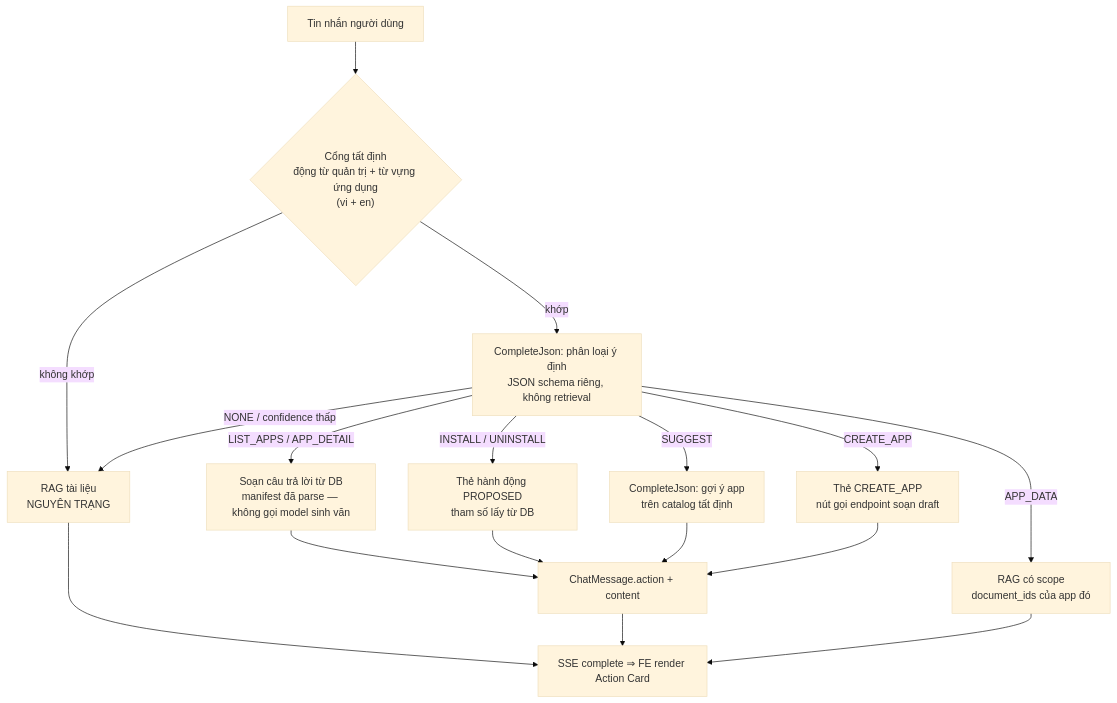
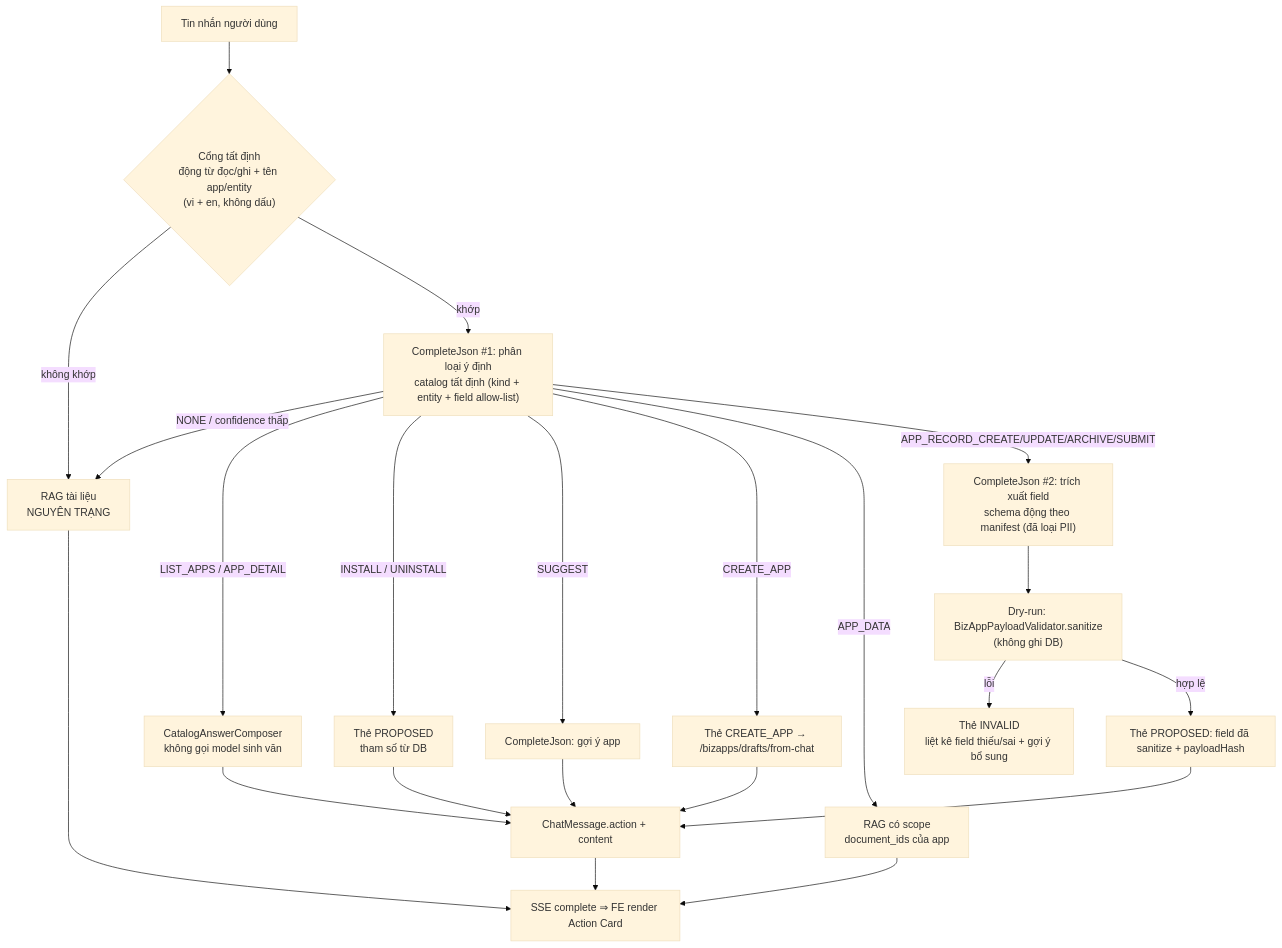
The first of 2 diagrams in PLAN.md (OpenVie/OpenVie), drawn with Mermaid (base theme) before and after one commit. The commit also changed other lines of this file and 55 other files, not shown here.

First line of the commit message:
Add unit tests for BizAppIntentRouter and related services

````diff
--- a/PLAN.md
+++ b/PLAN.md
@@ -162,19 +52,24 @@
 ```mermaid
 flowchart TD
-  Q["Tin nhắn người dùng"] --> G{"Cổng tất định<br/>động từ quản trị + từ vựng ứng dụng<br/>(vi + en)"}
+  Q["Tin nhắn người dùng"] --> G{"Cổng tất định<br/>động từ đọc/ghi + tên app/entity<br/>(vi + en, không dấu)"}
   G -- "không khớp" --> R["RAG tài liệu<br/>NGUYÊN TRẠNG"]
-  G -- "khớp" --> C["CompleteJson: phân loại ý định<br/>JSON schema riêng, không retrieval"]
+  G -- "khớp" --> C["CompleteJson #1: phân loại ý định<br/>catalog tất định (kind + entity + field allow-list)"]
   C -- "NONE / confidence thấp" --> R
-  C -- "LIST_APPS / APP_DETAIL" --> D["Soạn câu trả lời từ DB<br/>manifest đã parse — không gọi model sinh văn"]
-  C -- "INSTALL / UNINSTALL" --> K["Thẻ hành động PROPOSED<br/>tham số lấy từ DB"]
-  C -- "SUGGEST" --> S["CompleteJson: gợi ý app<br/>trên catalog tất định"]
-  C -- "CREATE_APP" --> V["Thẻ CREATE_APP<br/>nút gọi endpoint soạn draft"]
-  C -- "APP_DATA" --> AD["RAG có scope<br/>document_ids của app đó"]
-  D --> M["ChatMessage.action + content"]
+  C -- "LIST_APPS / APP_DETAIL" --> D["CatalogAnswerComposer<br/>không gọi model sinh văn"]
+  C -- "INSTALL / UNINSTALL" --> K["Thẻ PROPOSED<br/>tham số từ DB"]
+  C -- "SUGGEST" --> S["CompleteJson: gợi ý app"]
+  C -- "CREATE_APP" --> V["Thẻ CREATE_APP → /bizapps/drafts/from-chat"]
+  C -- "APP_DATA" --> AD["RAG có scope<br/>document_ids của app"]
+  C -- "APP_RECORD_CREATE/UPDATE/ARCHIVE/SUBMIT" --> EX["CompleteJson #2: trích xuất field<br/>schema động theo manifest (đã loại PII)"]
+  EX --> DRY["Dry-run: BizAppPayloadValidator.sanitize<br/>(không ghi DB)"]
+  DRY -- "lỗi" --> INV["Thẻ INVALID<br/>liệt kê field thiếu/sai + gợi ý bổ sung"]
+  DRY -- "hợp lệ" --> RC["Thẻ PROPOSED: field đã sanitize + payloadHash"]
+  RC --> M["ChatMessage.action + content"]
   K --> M
+  D --> M
   S --> M
   V --> M
   M --> E["SSE complete ⇒ FE render Action Card"]
   R --> E
   AD --> E
 ```
````
